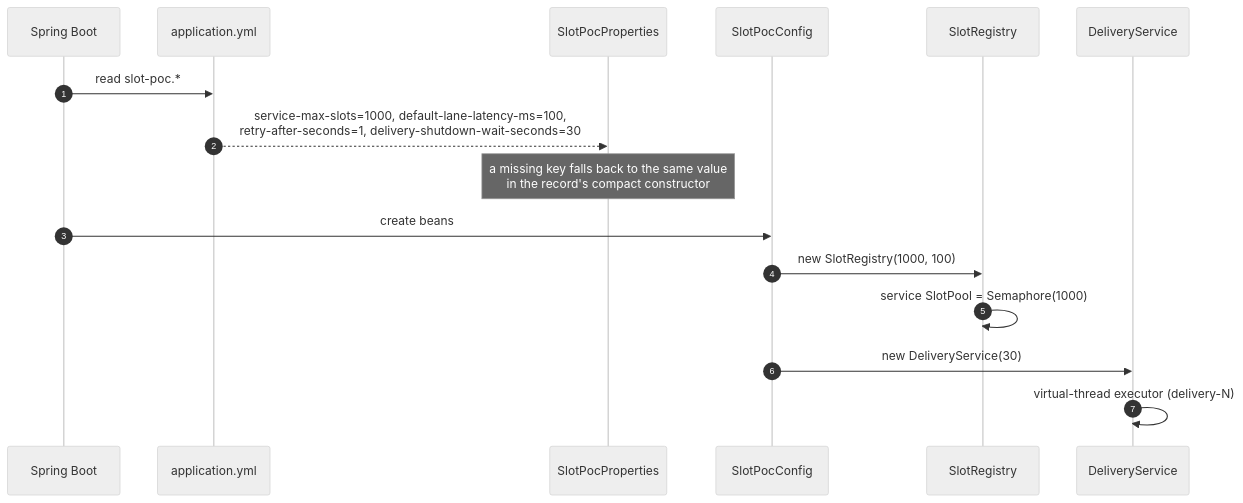
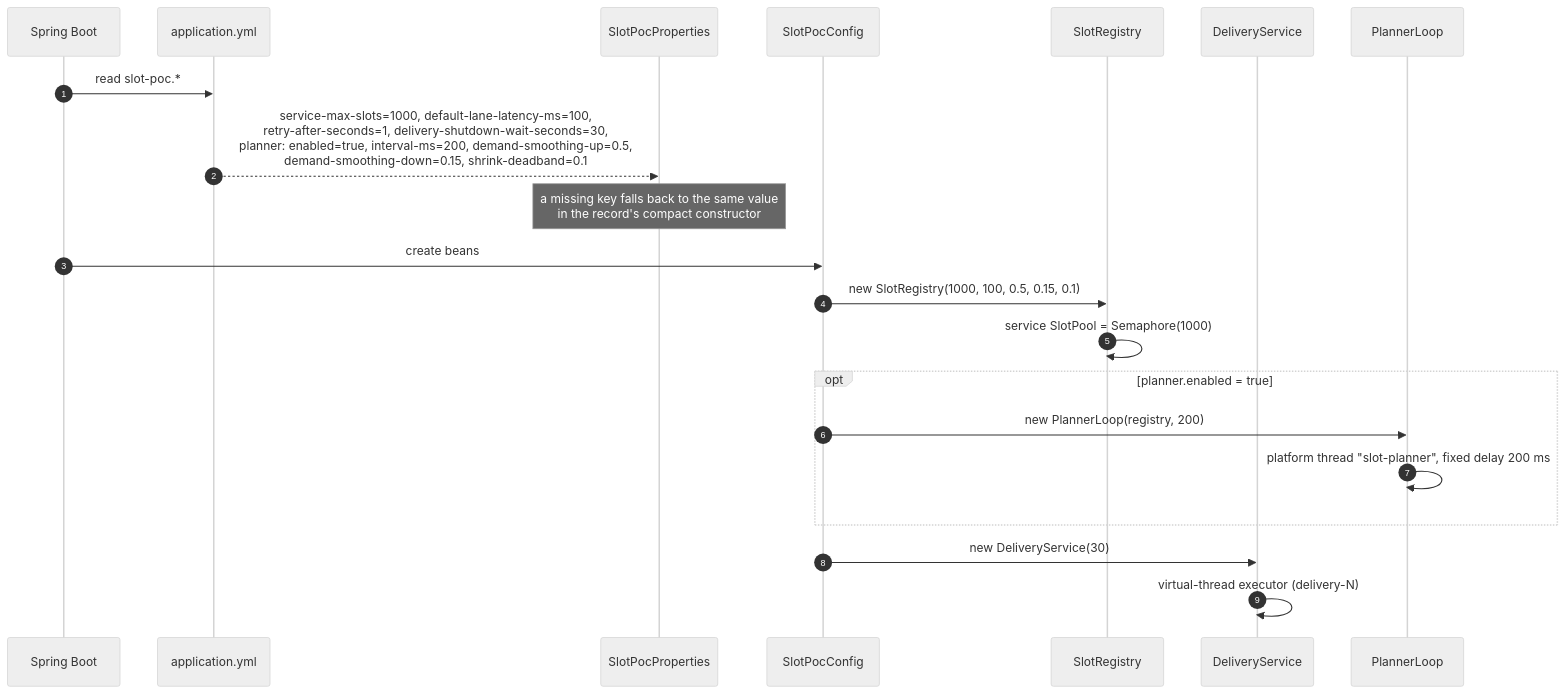
Before and after one commit to aysinghravi/Scalability-lane-slot-manager: the first of 6 diagrams in docs/sequence-diagram.md, drawn with Mermaid. The commit also changed other lines of this file and 22 other files, not shown here.

Commit message:
dynamic slot allocation with lane sharing

````diff
--- a/docs/sequence-diagram.md
+++ b/docs/sequence-diagram.md
@@ -7,20 +7,25 @@
 ```mermaid
 %%{init: {'theme':'neutral', 'themeVariables': {'fontSize':'18px'}}}%%
 sequenceDiagram
     autonumber
     participant Boot as Spring Boot
     participant YML as application.yml
     participant Props as SlotPocProperties
     participant Cfg as SlotPocConfig
     participant Reg as SlotRegistry
     participant Del as DeliveryService
+    participant PL as PlannerLoop
 
     Boot->>YML: read slot-poc.*
-    YML-->>Props: service-max-slots=1000, default-lane-latency-ms=100,<br/>retry-after-seconds=1, delivery-shutdown-wait-seconds=30
+    YML-->>Props: service-max-slots=1000, default-lane-latency-ms=100,<br/>retry-after-seconds=1, delivery-shutdown-wait-seconds=30,<br/>planner: enabled=true, interval-ms=200, demand-smoothing-up=0.5,<br/>demand-smoothing-down=0.15, shrink-deadband=0.1
     Note over Props: a missing key falls back to the same value<br/>in the record's compact constructor
     Boot->>Cfg: create beans
-    Cfg->>Reg: new SlotRegistry(1000, 100)
+    Cfg->>Reg: new SlotRegistry(1000, 100, 0.5, 0.15, 0.1)
     Reg->>Reg: service SlotPool = Semaphore(1000)
+    opt planner.enabled = true
+        Cfg->>PL: new PlannerLoop(registry, 200)
+        PL->>PL: platform thread "slot-planner", fixed delay 200 ms
+    end
     Cfg->>Del: new DeliveryService(30)
     Del->>Del: virtual-thread executor (delivery-N)
 ```
````
